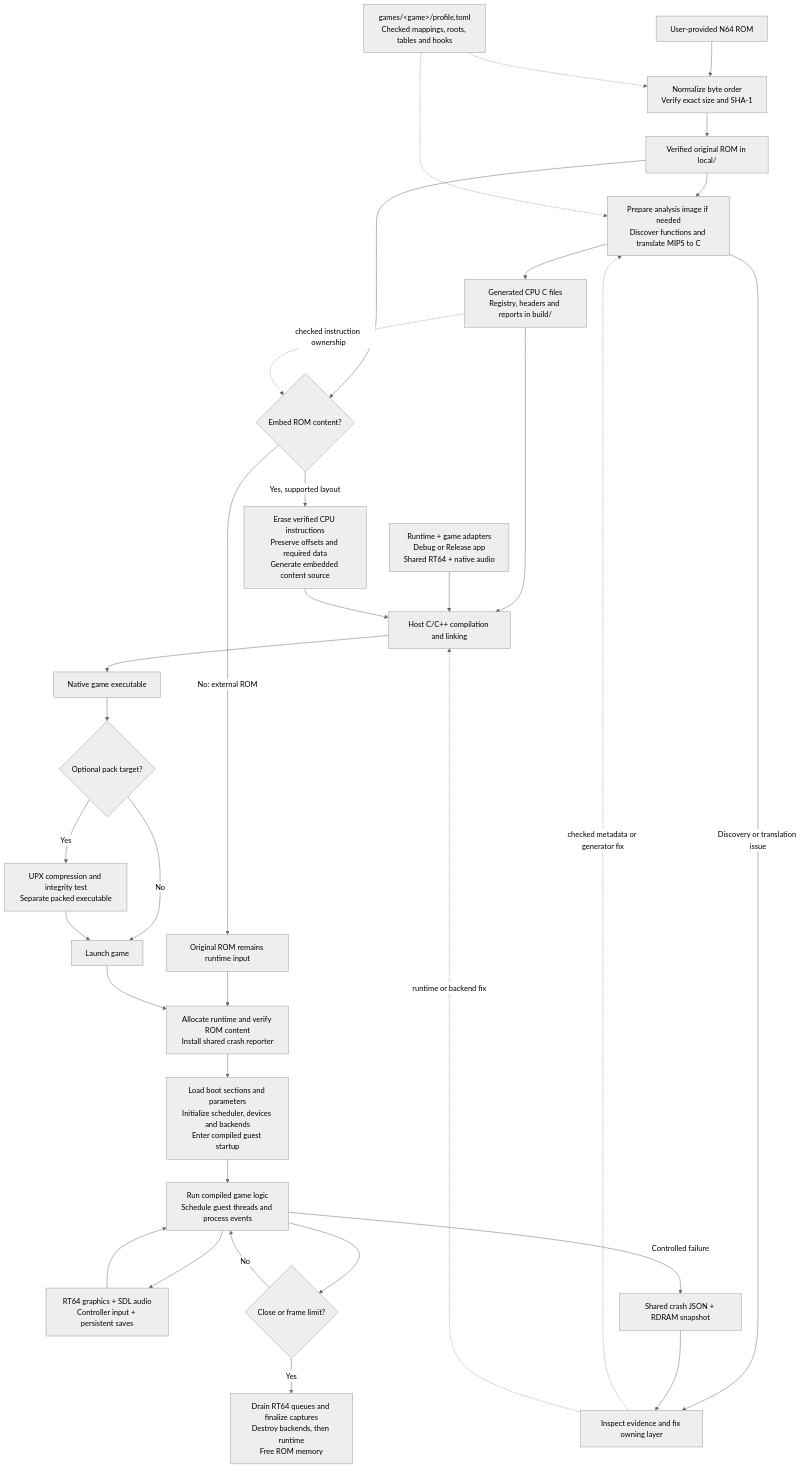
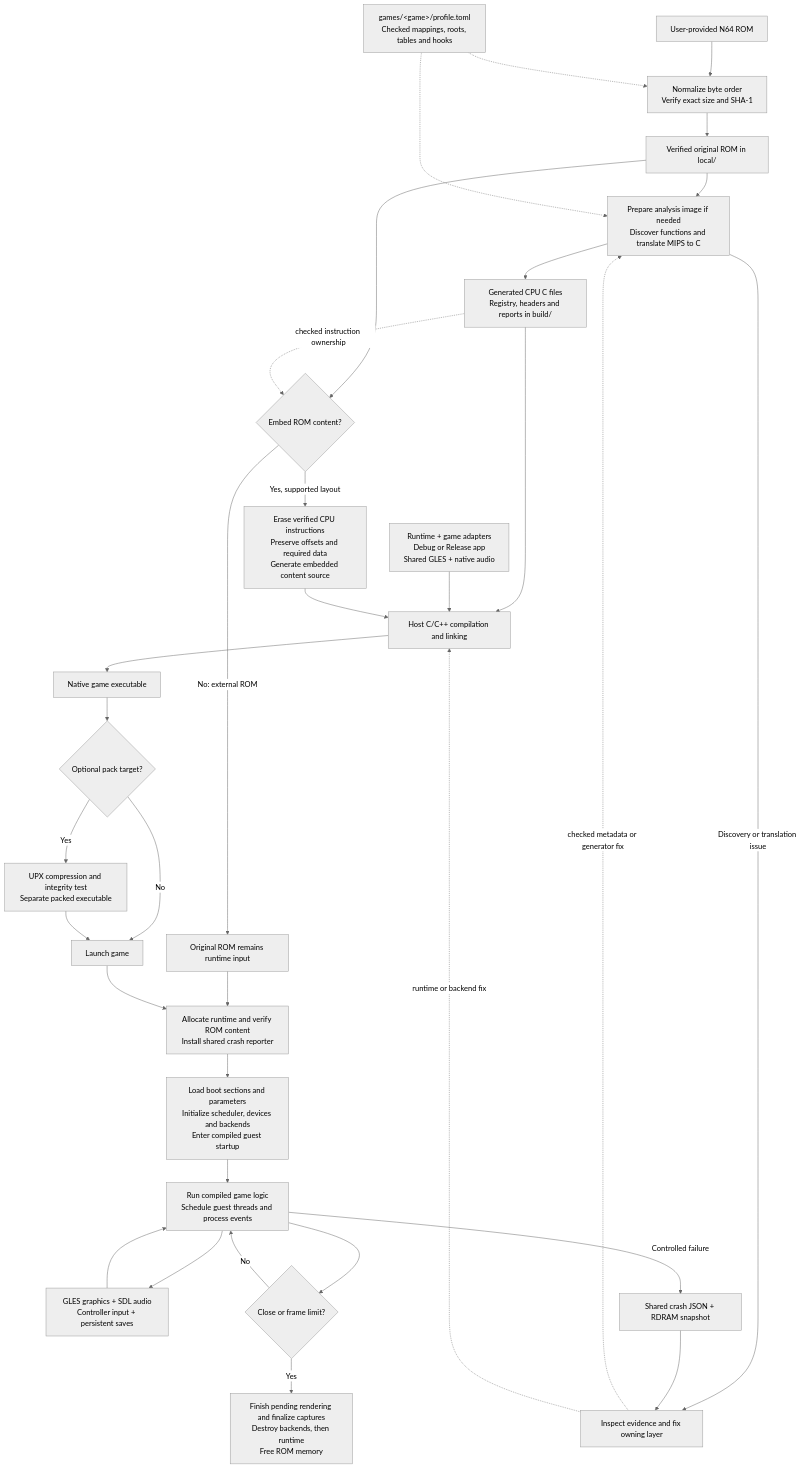
Before and after one commit to polaco1782/v64recomp: the first of 6 diagrams in docs/process-flow.md, drawn with Mermaid (neutral theme). The commit also changed other lines of this file and 186 other files, not shown here.

Commit message:
Remove RT64 and port the GLES texture and GameShark subsystems to C11

````diff
--- a/docs/process-flow.md
+++ b/docs/process-flow.md
@@ -13,35 +13,35 @@
 ```mermaid
 flowchart TD
     ROM["User-provided N64 ROM"] --> Import["Normalize byte order<br/>Verify exact size and SHA-1"]
     Profile["games/&lt;game&gt;/profile.toml<br/>Checked mappings, roots, tables and hooks"] -.-> Import
     Import --> Local["Verified original ROM in local/"]
     Local --> Generate["Prepare analysis image if needed<br/>Discover functions and translate MIPS to C"]
     Profile -.-> Generate
     Generate --> Sources["Generated CPU C files<br/>Registry, headers and reports in build/"]
     Sources --> Compile["Host C/C++ compilation and linking"]
-    Shared["Runtime + game adapters<br/>Debug or Release app<br/>Shared RT64 + native audio"] --> Compile
+    Shared["Runtime + game adapters<br/>Debug or Release app<br/>Shared GLES + native audio"] --> Compile
     Local --> Embed{"Embed ROM content?"}
     Sources -. "checked instruction ownership" .-> Embed
     Embed -->|"Yes, supported layout"| Strip["Erase verified CPU instructions<br/>Preserve offsets and required data<br/>Generate embedded content source"]
     Strip --> Compile
     Compile --> Binary["Native game executable"]
     Binary --> Pack{"Optional pack target?"}
     Pack -->|Yes| UPX["UPX compression and integrity test<br/>Separate packed executable"]
     Pack -->|No| Launch["Launch game"]
     UPX --> Launch
     Embed -->|"No: external ROM"| External["Original ROM remains runtime input"]
     External --> Load
     Launch --> Load["Allocate runtime and verify ROM content<br/>Install shared crash reporter"]
     Load --> Boot["Load boot sections and parameters<br/>Initialize scheduler, devices and backends<br/>Enter compiled guest startup"]
     Boot --> Play["Run compiled game logic<br/>Schedule guest threads and process events"]
-    Play --> Output["RT64 graphics + SDL audio<br/>Controller input + persistent saves"]
+    Play --> Output["GLES graphics + SDL audio<br/>Controller input + persistent saves"]
     Output --> Play
     Play --> Exit{"Close or frame limit?"}
     Exit -->|No| Play
-    Exit -->|Yes| Cleanup["Drain RT64 queues and finalize captures<br/>Destroy backends, then runtime<br/>Free ROM memory"]
+    Exit -->|Yes| Cleanup["Finish pending rendering and finalize captures<br/>Destroy backends, then runtime<br/>Free ROM memory"]
     Play -->|"Controlled failure"| Crash["Shared crash JSON + RDRAM snapshot"]
     Generate -->|"Discovery or translation issue"| Review["Inspect evidence and fix owning layer"]
     Crash --> Review
     Review -. "checked metadata or generator fix" .-> Generate
     Review -. "runtime or backend fix" .-> Compile
 ```
````
